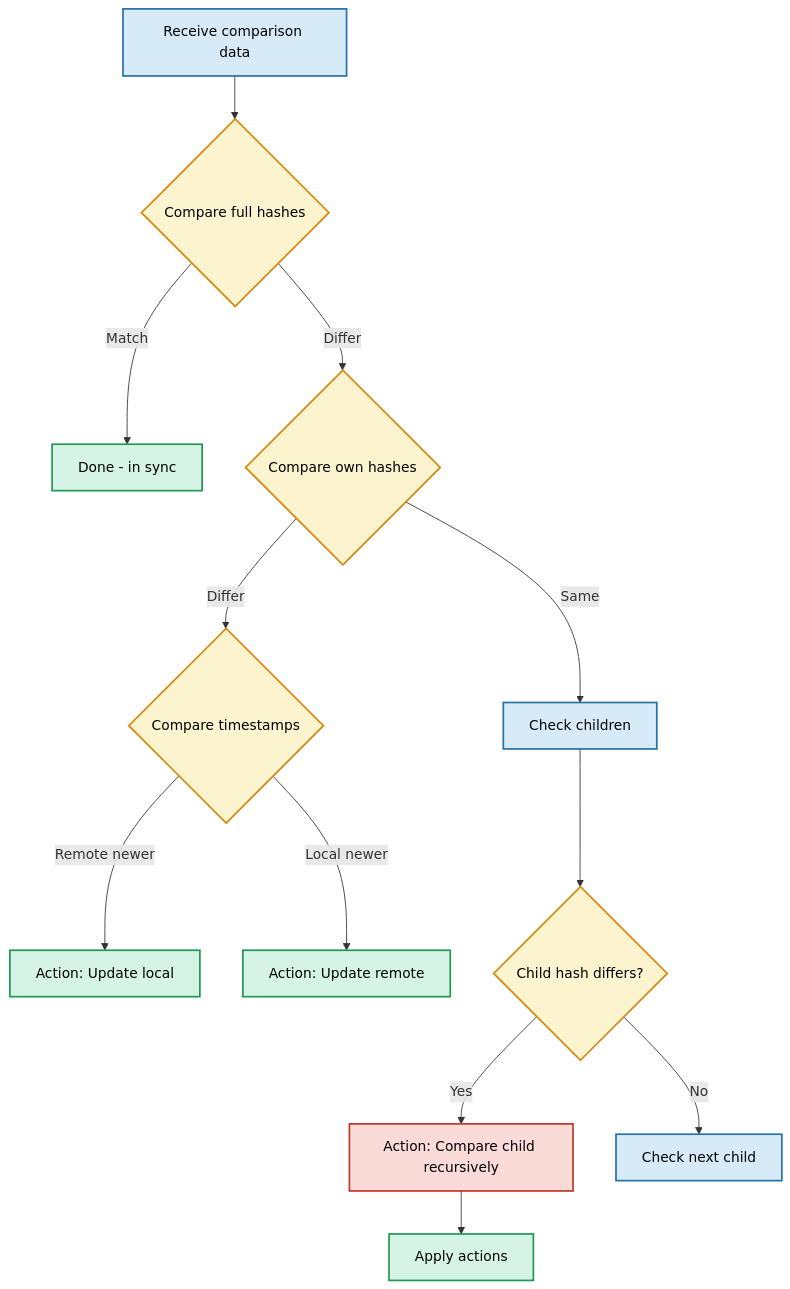
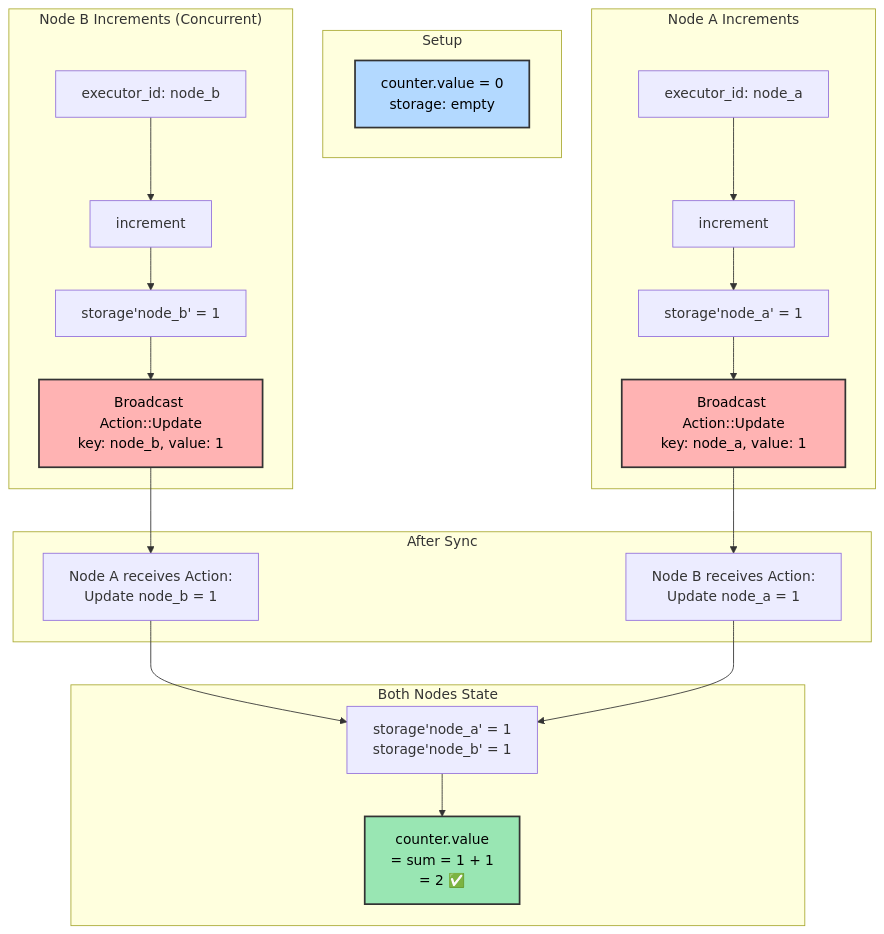
Before and after one commit to calimero-network/core: the sixth of 8 diagrams in crates/storage/README.md, drawn with Mermaid. The commit also changed other lines of this file and 155 other files, not shown here.

````diff
--- a/crates/storage/README.md
+++ b/crates/storage/README.md
@@ -267,27 +632,46 @@
 ```mermaid
-flowchart TD
-    A[Receive comparison data] --> B{Compare full hashes}
-    B -->|Match| Z[Done - in sync]
-    B -->|Differ| C{Compare own hashes}
-    C -->|Differ| D{Compare timestamps}
-    D -->|Remote newer| E[Action: Update local]
-    D -->|Local newer| F[Action: Update remote]
-    C -->|Same| G[Check children]
-    G --> H{Child hash differs?}
-    H -->|Yes| I[Action: Compare child recursively]
-    H -->|No| J[Check next child]
-    I --> K[Apply actions]
+flowchart TB
+    subgraph "Setup"
+        I[counter.value = 0<br/>storage: empty]
+    end
     
-    style A fill:#D6EAF8,stroke:#2874A6,stroke-width:2px,color:#000
-    style B fill:#FCF3CF,stroke:#D68910,stroke-width:2px,color:#000
-    style C fill:#FCF3CF,stroke:#D68910,stroke-width:2px,color:#000
-    style D fill:#FCF3CF,stroke:#D68910,stroke-width:2px,color:#000
-    style E fill:#D5F4E6,stroke:#229954,stroke-width:2px,color:#000
-    style F fill:#D5F4E6,stroke:#229954,stroke-width:2px,color:#000
-    style G fill:#D6EAF8,stroke:#2874A6,stroke-width:2px,color:#000
-    style H fill:#FCF3CF,stroke:#D68910,stroke-width:2px,color:#000
-    style I fill:#FADBD8,stroke:#C0392B,stroke-width:2px,color:#000
-    style J fill:#D6EAF8,stroke:#2874A6,stroke-width:2px,color:#000
-    style K fill:#D5F4E6,stroke:#229954,stroke-width:2px,color:#000
-    style Z fill:#D5F4E6,stroke:#229954,stroke-width:2px,color:#000
+    subgraph "Node A Increments"
+        A1[executor_id: node_a]
+        A2[increment]
+        A3[storage'node_a' = 1]
+        A4[Broadcast Action::Update<br/>key: node_a, value: 1]
+        
+        A1 --> A2 --> A3 --> A4
+    end
+    
+    subgraph "Node B Increments (Concurrent)"
+        B1[executor_id: node_b]
+        B2[increment]
+        B3[storage'node_b' = 1]
+        B4[Broadcast Action::Update<br/>key: node_b, value: 1]
+        
+        B1 --> B2 --> B3 --> B4
+    end
+    
+    subgraph "After Sync"
+        S1[Node A receives Action:<br/>Update node_b = 1]
+        S2[Node B receives Action:<br/>Update node_a = 1]
+        
+        A4 --> S2
+        B4 --> S1
+    end
+    
+    subgraph "Both Nodes State"
+        F1[storage'node_a' = 1<br/>storage'node_b' = 1]
+        F2[counter.value<br/>= sum = 1 + 1<br/>= 2 ✅]
+        
+        S1 --> F1
+        S2 --> F1
+        F1 --> F2
+    end
+    
+    style I fill:#b3d9ff,stroke:#333,stroke-width:2px,color:#000
+    style A4 fill:#ffb3b3,stroke:#333,stroke-width:2px,color:#000
+    style B4 fill:#ffb3b3,stroke:#333,stroke-width:2px,color:#000
+    style F2 fill:#99e6b3,stroke:#333,stroke-width:2px,color:#000
 ```
````
